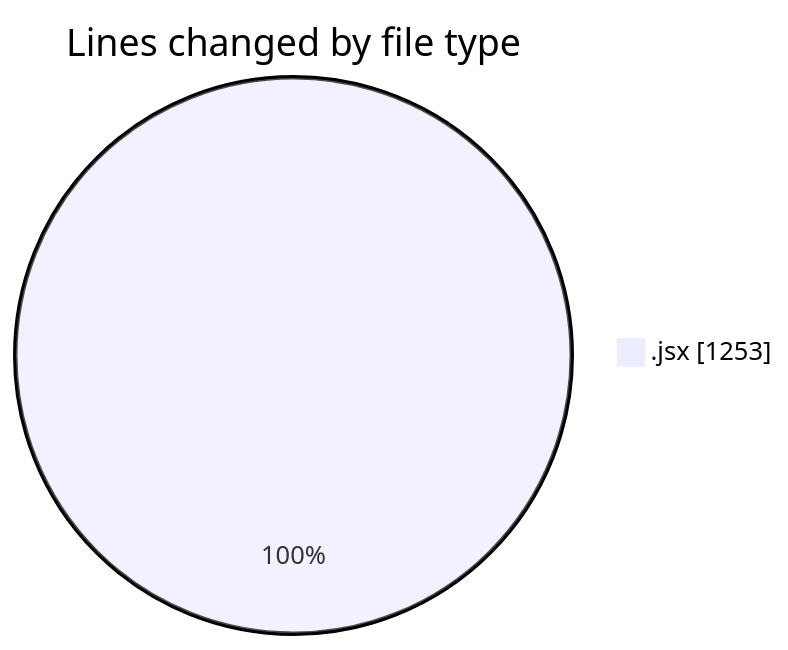
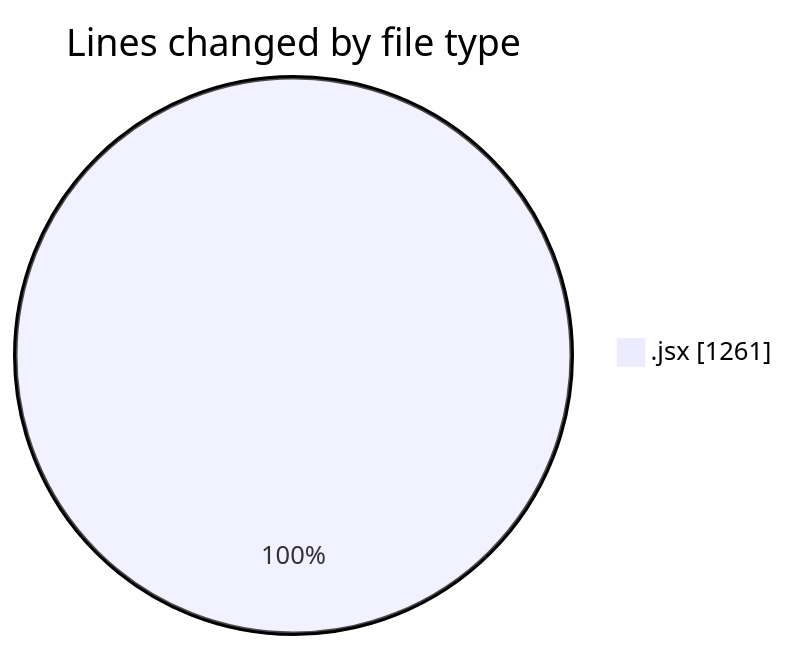
Before and after one commit to nxtqubesakshisongat/code-tracking: the first of 2 diagrams in 2025-05-10/argos-dev/README.md, drawn with Mermaid. The commit also changed other lines of this file and 1 other file, not shown here.

````diff
--- a/2025-05-10/argos-dev/README.md
+++ b/2025-05-10/argos-dev/README.md
@@ -21,5 +21,5 @@
 ```mermaid
 pie showData
 title Lines changed by file type
-".jsx" : 1253
+".jsx" : 1261
 ```
````
